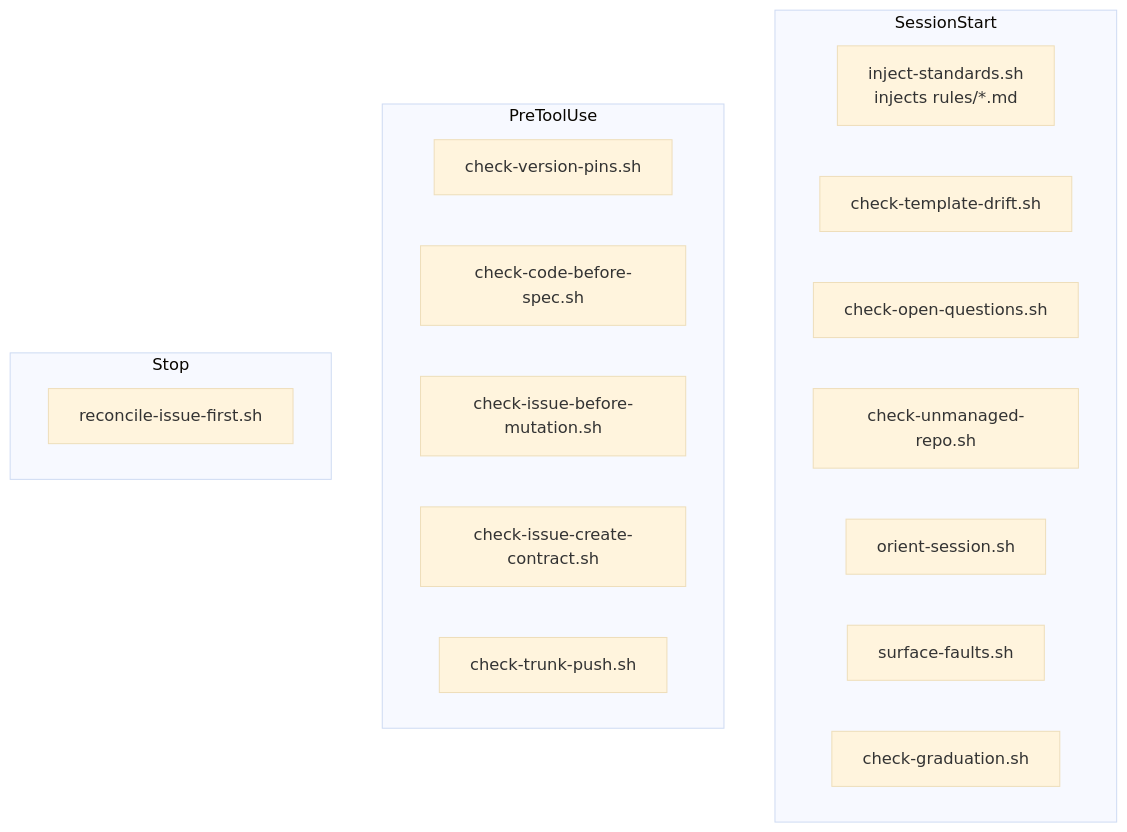
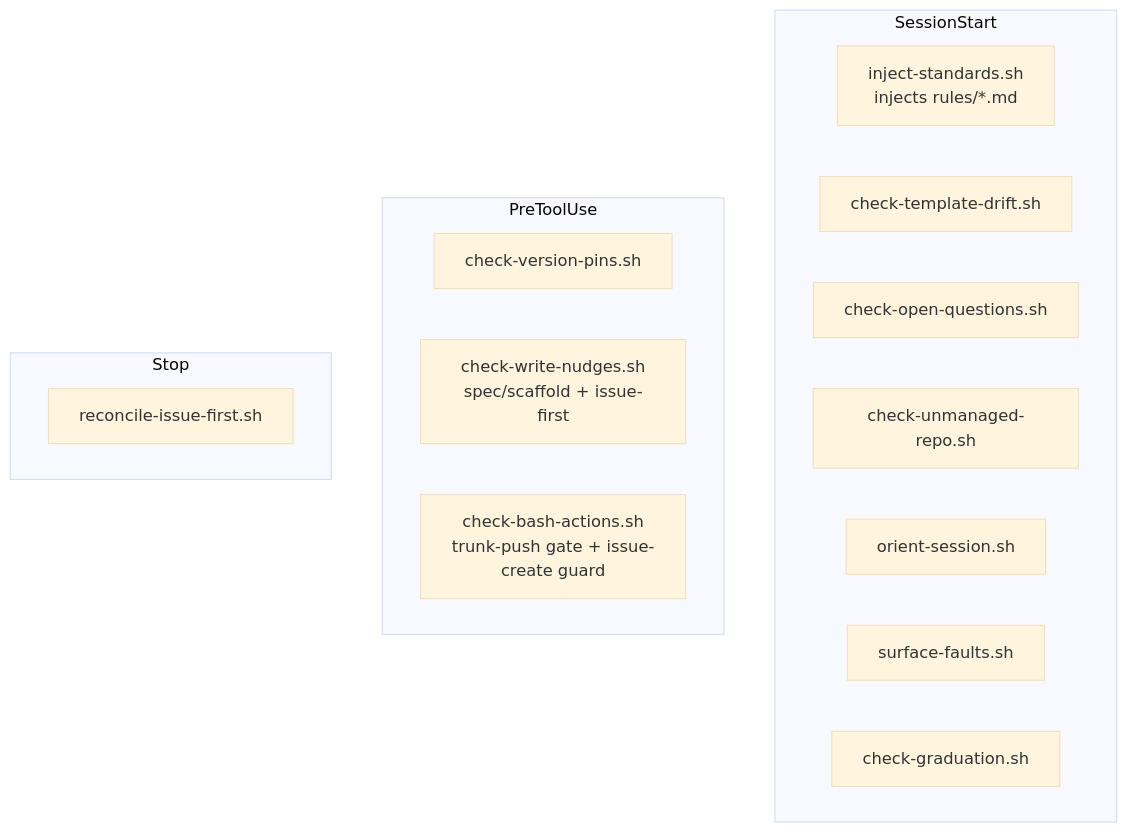
Before and after one commit to element22llc/e22-plugins: the diagram in docs/reference/hooks.md, drawn with Mermaid (base theme). The commit also changed other lines of this file and 20 other files, not shown here.

First line of the commit message:
feat(steer): once-per-session trunk-push ask + merged PreToolUse hot-path hooks

````diff
--- a/docs/reference/hooks.md
+++ b/docs/reference/hooks.md
@@ -24,22 +24,20 @@
 ```mermaid
 flowchart TD
     subgraph SessionStart
       inject[inject-standards.sh<br/>injects rules/*.md]
       drift[check-template-drift.sh]
       oq[check-open-questions.sh]
       unmanaged[check-unmanaged-repo.sh]
       orient[orient-session.sh]
       faults[surface-faults.sh]
       grad[check-graduation.sh]
     end
     subgraph PreToolUse
       pins[check-version-pins.sh]
-      cbs[check-code-before-spec.sh]
-      ibm[check-issue-before-mutation.sh]
-      icc[check-issue-create-contract.sh]
-      tpush[check-trunk-push.sh]
+      wn[check-write-nudges.sh<br/>spec/scaffold + issue-first]
+      ba[check-bash-actions.sh<br/>trunk-push gate + issue-create guard]
     end
     subgraph Stop
       reconcile[reconcile-issue-first.sh]
     end
 ```
````
